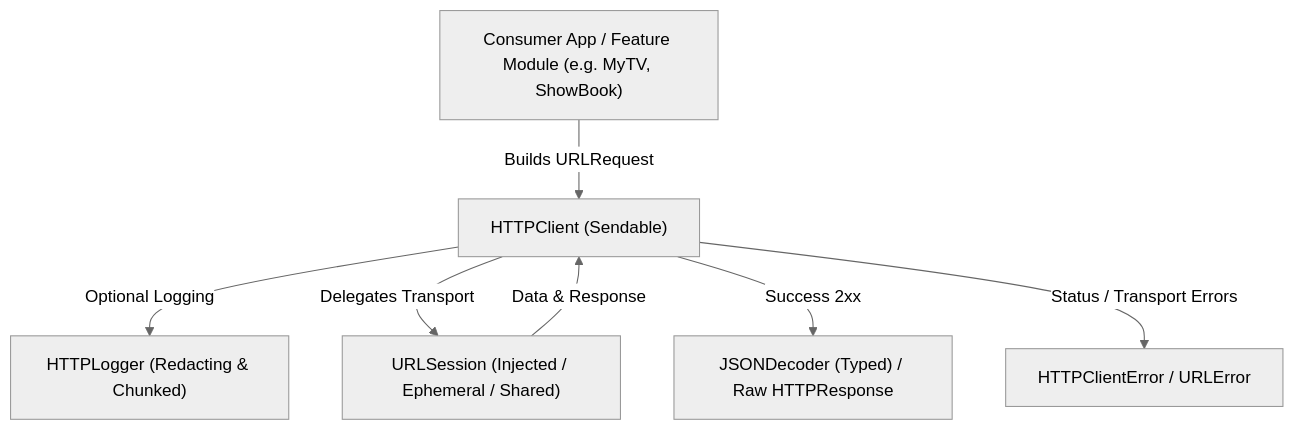
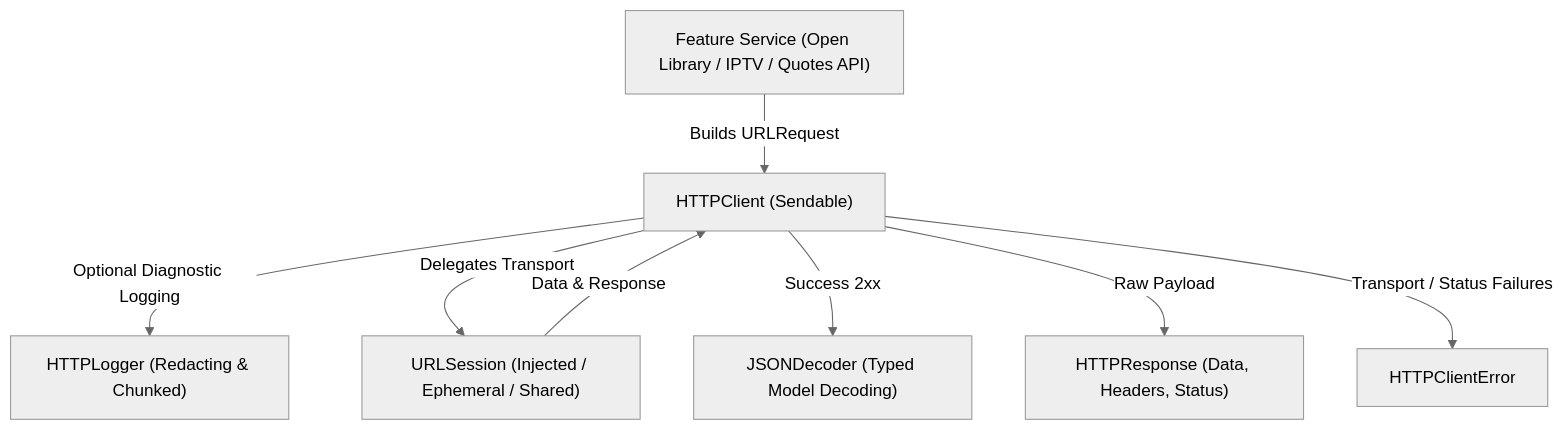
The first of 2 diagrams in README.md (Anurag-Chourasia/CommonNetworkingKit), drawn with Mermaid (neutral theme) before and after one commit. The commit also changed other lines of this file, not shown here.

Commit message:
IOS-85 | Overhaul CommonNetworkingKit README with architecture, privacy logging, and ecosystem connectivity

````diff
--- a/README.md
+++ b/README.md
@@ -16,9 +30,10 @@
 ```mermaid
 flowchart TD
-    Consumer["Consumer App / Feature Module (e.g. MyTV, ShowBook)"] -->|Builds URLRequest| Client["HTTPClient (Sendable)"]
-    Client -->|Optional Logging| Logger["HTTPLogger (Redacting & Chunked)"]
+    Consumer["Feature Service (Open Library / IPTV / Quotes API)"] -->|Builds URLRequest| Client["HTTPClient (Sendable)"]
+    Client -->|Optional Diagnostic Logging| Logger["HTTPLogger (Redacting & Chunked)"]
     Client -->|Delegates Transport| Session["URLSession (Injected / Ephemeral / Shared)"]
     Session -->|Data & Response| Client
-    Client -->|Success 2xx| Decoder["JSONDecoder (Typed) / Raw HTTPResponse"]
-    Client -->|Status / Transport Errors| ErrorHandling["HTTPClientError / URLError"]
+    Client -->|Success 2xx| Decoder["JSONDecoder (Typed Model Decoding)"]
+    Client -->|Raw Payload| HTTPResponse["HTTPResponse (Data, Headers, Status)"]
+    Client -->|Transport / Status Failures| ErrorHandling["HTTPClientError"]
 ```
````
